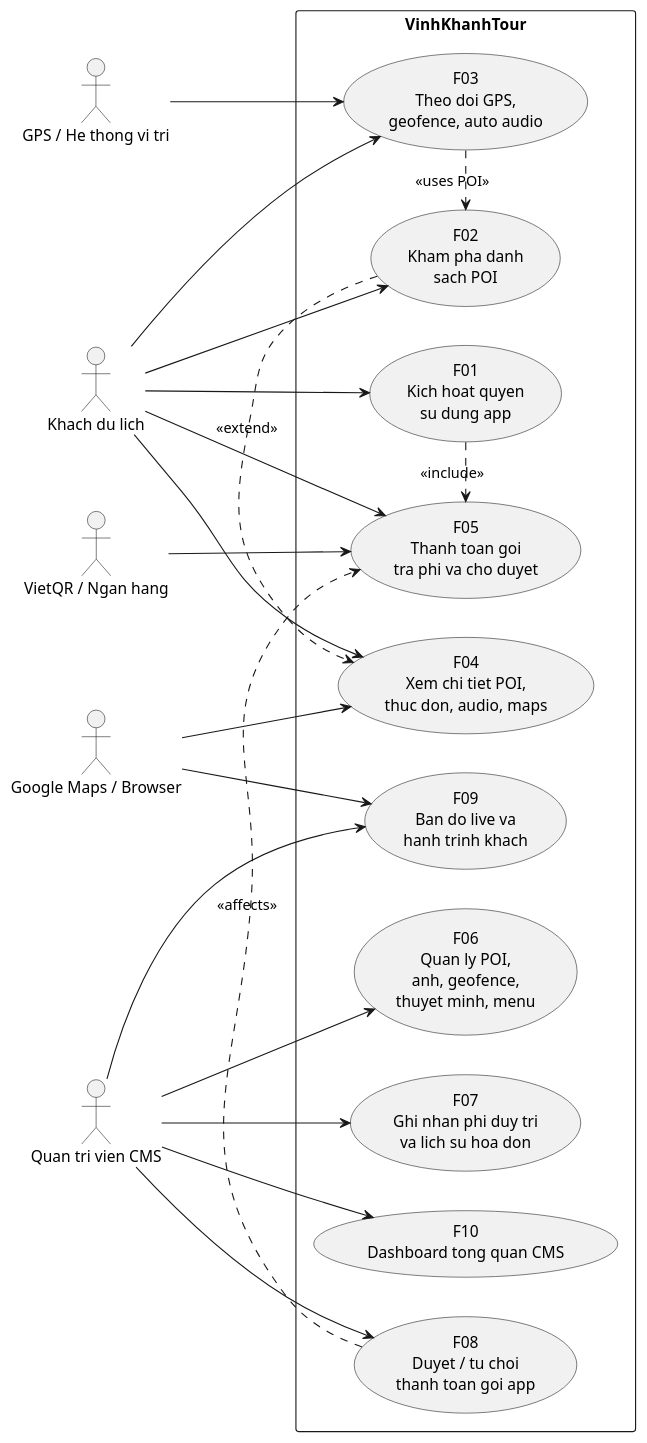
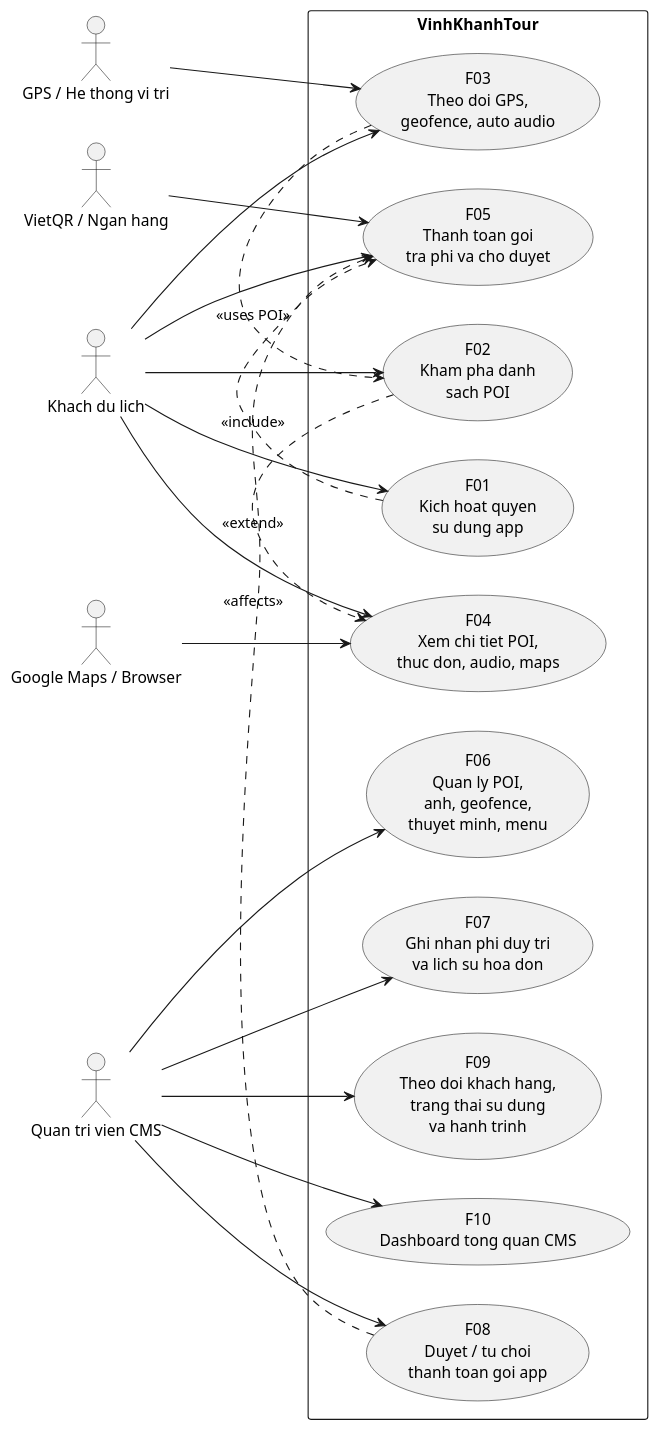
Before and after one commit to VoBao182/PhoAmThuc: the diagram in docs/diagrams/00-overall-usecase.puml, drawn with PlantUML. The commit also changed 6 other files, not shown here.

```diff
--- a/docs/diagrams/00-overall-usecase.puml
+++ b/docs/diagrams/00-overall-usecase.puml
@@ -1,64 +1,64 @@
 @startuml
 ' Diagram: F00 - Use case tong the he thong
 ' Status: WIP
 ' Baseline: branch master, HEAD 6510344
 ' Source:
 ' - VinhKhanhTourDemo/MainPage.xaml.cs
 ' - VinhKhanhTourDemo/DetailPage.xaml.cs
 ' - VinhKhanhTourDemo/SubscriptionPage.xaml.cs
 ' - VinhKhanhTourDemo/PaymentPage.xaml.cs
 ' - VinhKhanhTourDemo/PaymentStatusPage.xaml.cs
 ' - VinhKhanhTour.API/Controllers/PoiController.cs
 ' - VinhKhanhTour.API/Controllers/ThuyetMinhController.cs
 ' - VinhKhanhTour.API/Controllers/HeartbeatController.cs
 ' - VinhKhanhTour.API/Controllers/SubscriptionController.cs
 ' - VinhKhanhTour.CMS/Pages/Poi/*.cshtml.cs
 ' - VinhKhanhTour.CMS/Pages/ThanhToan/*.cshtml.cs
 ' - VinhKhanhTour.CMS/Pages/DuyetThanhToan/Index.cshtml.cs
 ' - VinhKhanhTour.CMS/Pages/BanDo/Index.cshtml.cs
-' Note: So do tong hop cap cao; giu nguyen logic hien tai va can doi chieu lai voi cac module con truoc khi dua vao bao cao.
+' - VinhKhanhTour.CMS/Pages/BanDo/Index.cshtml
+' Note: Da doi chieu lai sau khi module BanDo chuyen tu live map JS sang trang tong hop khach hang render server-side.
 left to right direction
 skinparam packageStyle rectangle
 
 actor "Khach du lich" as Guest
 actor "Quan tri vien CMS" as Admin
 actor "GPS / He thong vi tri" as GPS
 actor "Google Maps / Browser" as Maps
 actor "VietQR / Ngan hang" as Bank
 
 rectangle "VinhKhanhTour" {
   usecase "F01\nKich hoat quyen\nsu dung app" as UC01
   usecase "F02\nKham pha danh\nsach POI" as UC02
   usecase "F03\nTheo doi GPS,\ngeofence, auto audio" as UC03
   usecase "F04\nXem chi tiet POI,\nthuc don, audio, maps" as UC04
   usecase "F05\nThanh toan goi\ntra phi va cho duyet" as UC05
 
   usecase "F06\nQuan ly POI,\nanh, geofence,\nthuyet minh, menu" as UC06
   usecase "F07\nGhi nhan phi duy tri\nva lich su hoa don" as UC07
   usecase "F08\nDuyet / tu choi\nthanh toan goi app" as UC08
-  usecase "F09\nBan do live va\nhanh trinh khach" as UC09
+  usecase "F09\nTheo doi khach hang,\ntrang thai su dung\nva hanh trinh" as UC09
   usecase "F10\nDashboard tong quan CMS" as UC10
 }
 
 Guest --> UC01
 Guest --> UC02
 Guest --> UC03
 Guest --> UC04
 Guest --> UC05
 
 Admin --> UC06
 Admin --> UC07
 Admin --> UC08
 Admin --> UC09
 Admin --> UC10
 
 GPS --> UC03
 Maps --> UC04
-Maps --> UC09
 Bank --> UC05
 
 UC02 .> UC04 : <<extend>>
 UC01 .> UC05 : <<include>>
 UC08 .> UC05 : <<affects>>
 UC03 .> UC02 : <<uses POI>>
 @enduml
```
